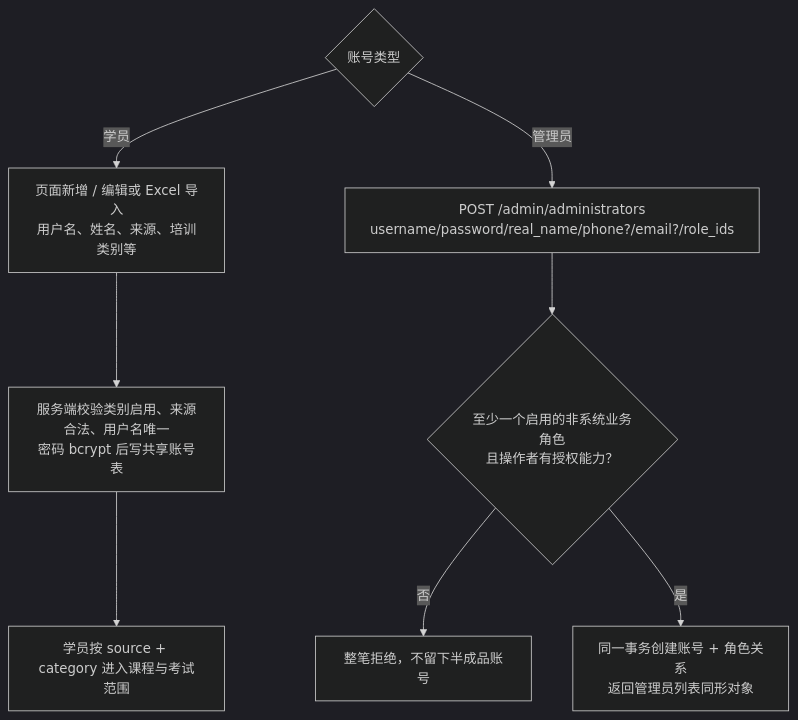
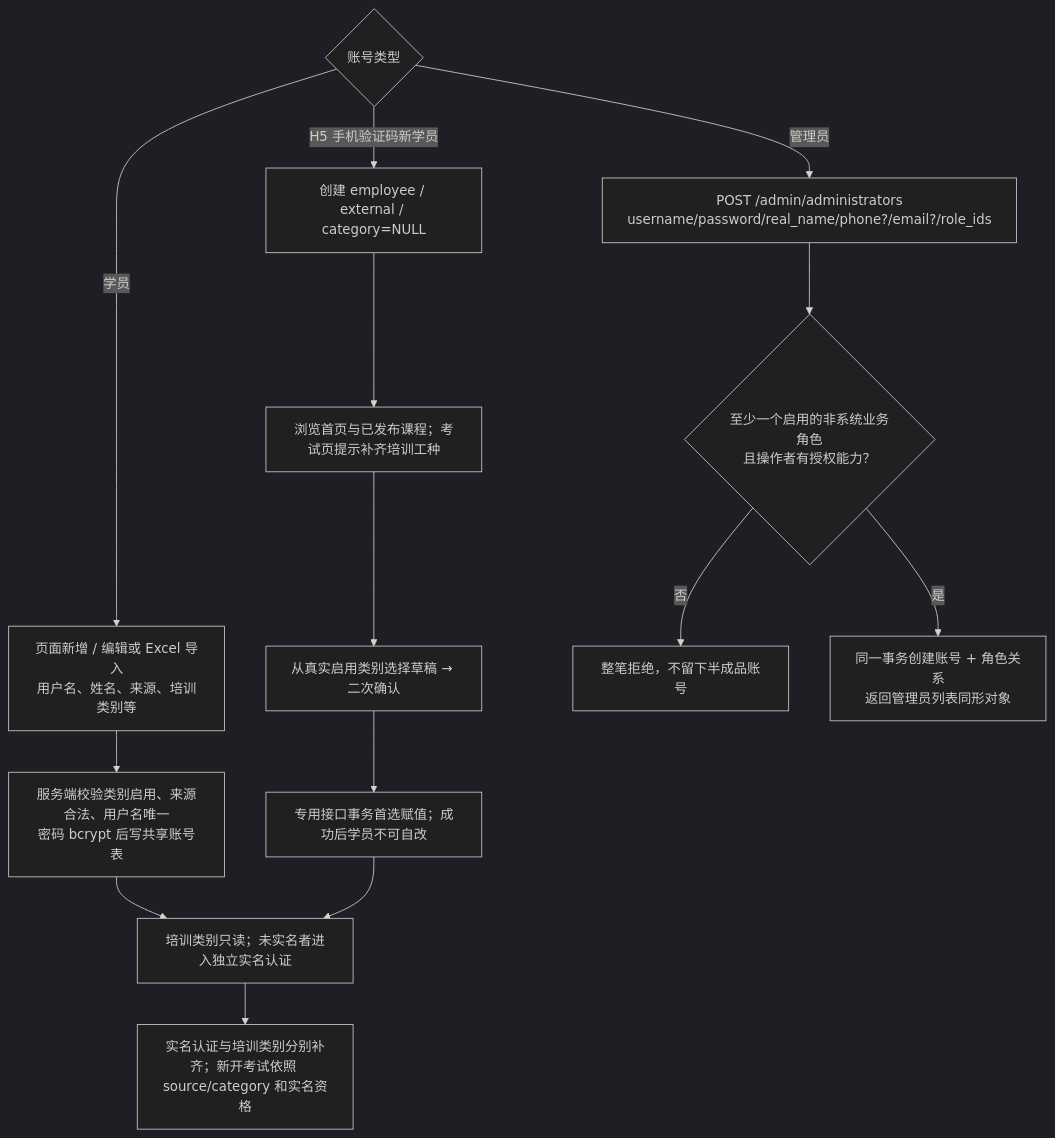
The second of 23 diagrams in docs/design/06-关键流程.md (caoguanjie/emodor-exam), drawn with Mermaid (dark theme) before and after one commit. The commit also changed other lines of this file and 11 other files, not shown here.

````diff
--- a/docs/design/06-关键流程.md
+++ b/docs/design/06-关键流程.md
@@ -160,11 +160,17 @@
 ```mermaid
 flowchart TB
     A{"账号类型"}
     A -->|"学员"| S1["页面新增 / 编辑或 Excel 导入<br/>用户名、姓名、来源、培训类别等"]
     S1 --> S2["服务端校验类别启用、来源合法、用户名唯一<br/>密码 bcrypt 后写共享账号表"]
-    S2 --> S3["学员按 source + category 进入课程与考试范围"]
+    S2 --> S3["培训类别只读；未实名者进入独立实名认证"]
+    A -->|"H5 手机验证码新学员"| H1["创建 employee / external / category=NULL"]
+    H1 --> H2["浏览首页与已发布课程；考试页提示补齐培训工种"]
+    H2 --> H3["从真实启用类别选择草稿 → 二次确认"]
+    H3 --> H4["专用接口事务首选赋值；成功后学员不可自改"]
+    H4 --> S3
+    S3 --> S4["实名认证与培训类别分别补齐；新开考试依照 source/category 和实名资格"]
     A -->|"管理员"| M1["POST /admin/administrators<br/>username/password/real_name/phone?/email?/role_ids"]
     M1 --> M2{"至少一个启用的非系统业务角色<br/>且操作者有授权能力？"}
     M2 -->|"否"| M3["整笔拒绝，不留下半成品账号"]
     M2 -->|"是"| M4["同一事务创建账号 + 角色关系<br/>返回管理员列表同形对象"]
 ```
````
